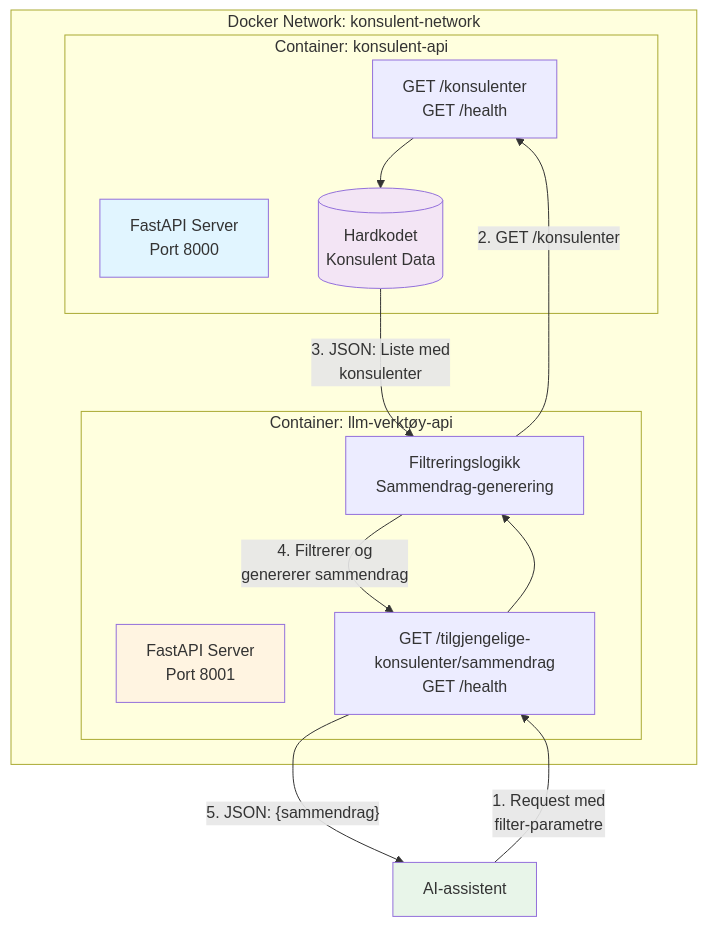
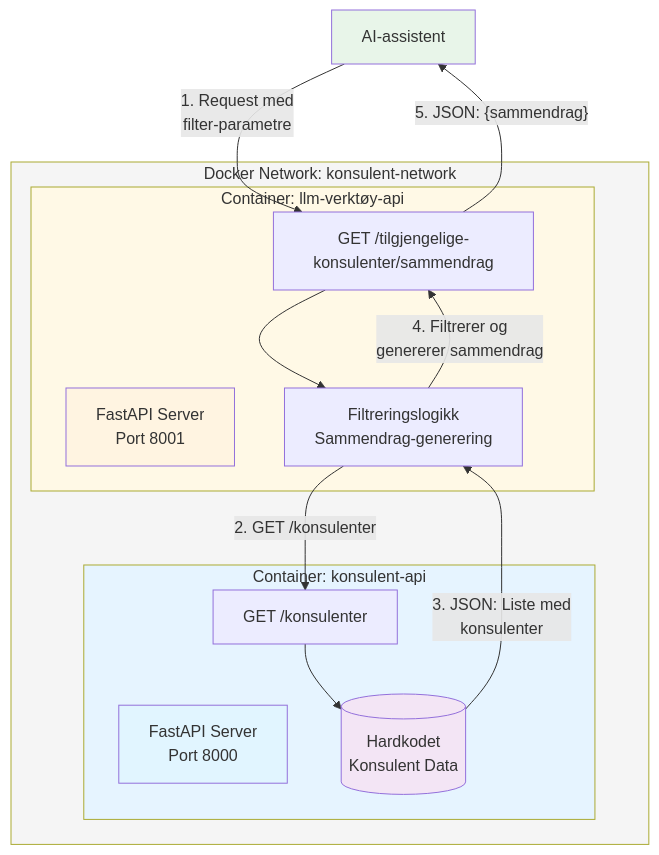
Before and after one commit to shirdarec/konsulent-staffing-mcp: the first of 2 diagrams in README.md, drawn with Mermaid. The commit also changed other lines of this file and 3 other files, not shown here.

````diff
--- a/README.md
+++ b/README.md
@@ -17,31 +18,34 @@
 ```mermaid
 graph TB
+    CLIENT["AI-assistent"]
+    
     subgraph NET["Docker Network: konsulent-network"]
+        subgraph LVA_CONTAINER["Container: llm-verktøy-api"]
+            LVA["FastAPI Server<br/>Port 8001"]
+            LVA_EP["GET /tilgjengelige-konsulenter/sammendrag"]
+            LVA_LOGIC["Filtreringslogikk<br/>Sammendrag-generering"]
+        end
+        
         subgraph KA_CONTAINER["Container: konsulent-api"]
             KA["FastAPI Server<br/>Port 8000"]
-            KA_EP["GET /konsulenter<br/>GET /health"]
+            KA_EP["GET /konsulenter"]
             KA_DATA[("Hardkodet<br/>Konsulent Data")]
         end
-        
-        subgraph LVA_CONTAINER["Container: llm-verktøy-api"]
-            LVA["FastAPI Server<br/>Port 8001"]
-            LVA_EP["GET /tilgjengelige-konsulenter/sammendrag<br/>GET /health"]
-            LVA_LOGIC["Filtreringslogikk<br/>Sammendrag-generering"]
-        end
     end
-    
-    CLIENT["AI-assistent"]
     
     CLIENT -->|"1. Request med<br/>filter-parametre"| LVA_EP
     LVA_EP --> LVA_LOGIC
     LVA_LOGIC -->|"2. GET /konsulenter"| KA_EP
     KA_EP --> KA_DATA
     KA_DATA -->|"3. JSON: Liste med<br/>konsulenter"| LVA_LOGIC
     LVA_LOGIC -->|"4. Filtrerer og<br/>genererer sammendrag"| LVA_EP
     LVA_EP -->|"5. JSON: {sammendrag}"| CLIENT
     
     style KA fill:#e1f5ff
     style LVA fill:#fff4e1
     style CLIENT fill:#e8f5e9
     style KA_DATA fill:#f3e5f5
+    style NET fill:#f5f5f5
+    style LVA_CONTAINER fill:#fff9e6
+    style KA_CONTAINER fill:#e6f4ff
 ```
````
